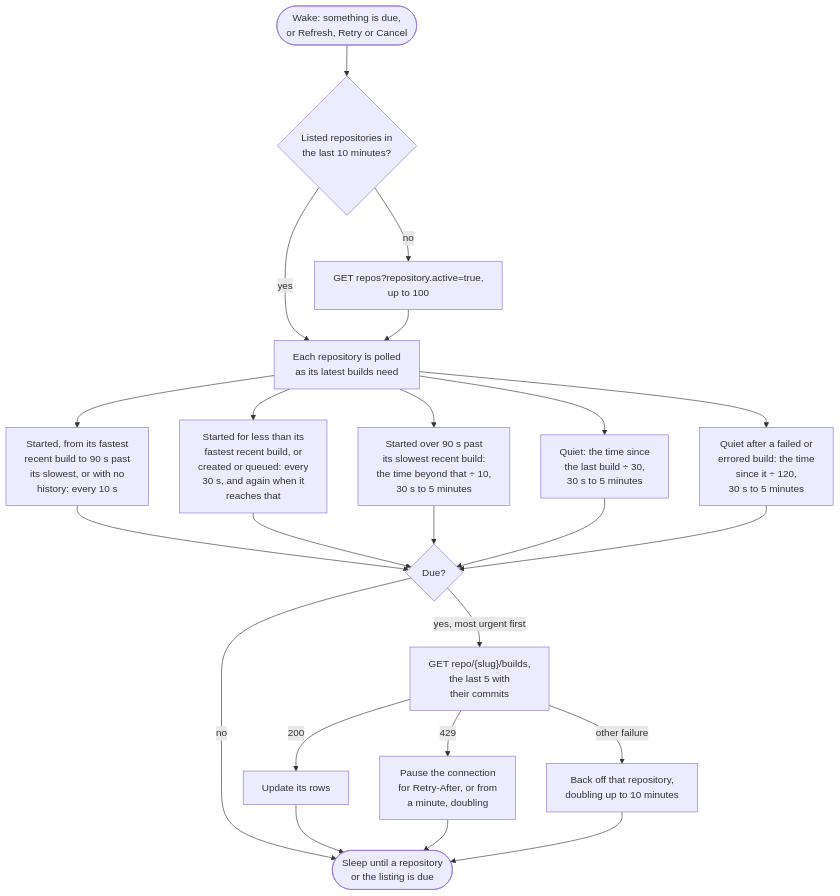
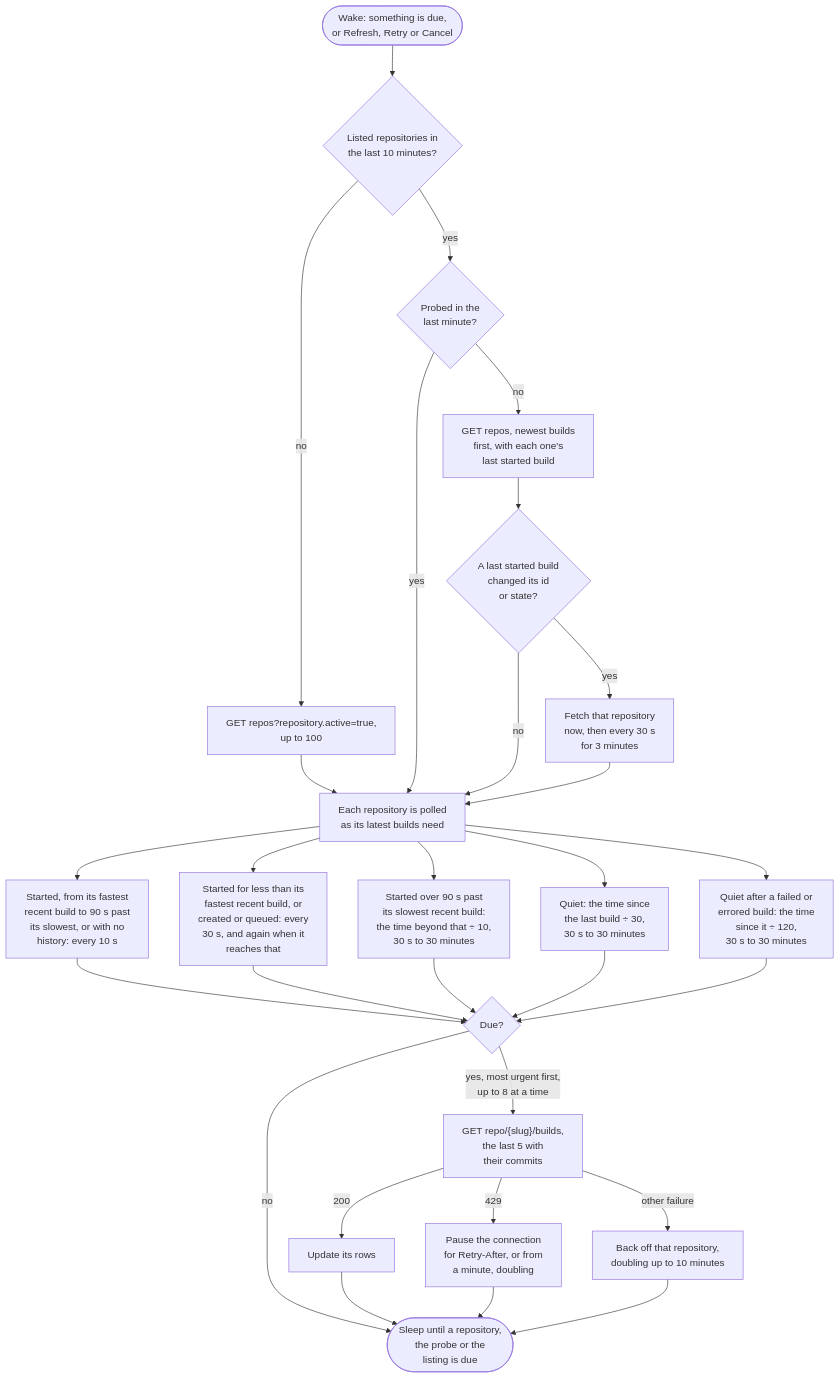
Before and after one commit to SimonCropp/BuildMonitor: the diagram in docs/mdsource/providers/travis.source.md, drawn with Mermaid. The commit also changed other lines of this file and 92 other files, not shown here.

````diff
--- a/docs/mdsource/providers/travis.source.md
+++ b/docs/mdsource/providers/travis.source.md
@@ -32,30 +32,36 @@
 ```mermaid
 ---
 config:
   flowchart:
     wrappingWidth: 400
 ---
 flowchart TD
     wake(["Wake: something is due,<br/>or Refresh, Retry or Cancel"]) --> listed{"Listed repositories in<br/>the last 10 minutes?"}
     listed -- "no" --> discover["GET repos?repository.active=true,<br/>up to 100"]
-    listed -- "yes" --> interval["Each repository is polled<br/>as its latest builds need"]
-    discover --> interval
+    listed -- "yes" --> probed{"Probed in the<br/>last minute?"}
+    probed -- "no" --> probe["GET repos, newest builds<br/>first, with each one's<br/>last started build"]
+    probe --> moved{"A last started build<br/>changed its id<br/>or state?"}
+    moved -- "yes" --> nudge["Fetch that repository<br/>now, then every 30 s<br/>for 3 minutes"]
+    discover --> interval["Each repository is polled<br/>as its latest builds need"]
+    probed -- "yes" --> interval
+    moved -- "no" --> interval
+    nudge --> interval
     interval --> finishing["Started, from its fastest<br/>recent build to 90 s past<br/>its slowest, or with no<br/>history: every 10 s"]
     interval --> running["Started for less than its<br/>fastest recent build, or<br/>created or queued: every<br/>30 s, and again when it<br/>reaches that"]
-    interval --> overrun["Started over 90 s past<br/>its slowest recent build:<br/>the time beyond that ÷ 10,<br/>30 s to 5 minutes"]
-    interval --> quiet["Quiet: the time since<br/>the last build ÷ 30,<br/>30 s to 5 minutes"]
-    interval --> failed["Quiet after a failed or<br/>errored build: the time<br/>since it ÷ 120,<br/>30 s to 5 minutes"]
+    interval --> overrun["Started over 90 s past<br/>its slowest recent build:<br/>the time beyond that ÷ 10,<br/>30 s to 30 minutes"]
+    interval --> quiet["Quiet: the time since<br/>the last build ÷ 30,<br/>30 s to 30 minutes"]
+    interval --> failed["Quiet after a failed or<br/>errored build: the time<br/>since it ÷ 120,<br/>30 s to 30 minutes"]
     finishing --> due{"Due?"}
     running --> due
     overrun --> due
     quiet --> due
     failed --> due
-    due -- "no" --> sleep(["Sleep until a repository<br/>or the listing is due"])
-    due -- "yes, most urgent first" --> fetch["GET repo/{slug}/builds,<br/>the last 5 with<br/>their commits"]
+    due -- "no" --> sleep(["Sleep until a repository,<br/>the probe or the<br/>listing is due"])
+    due -- "yes, most urgent first,<br/>up to 8 at a time" --> fetch["GET repo/{slug}/builds,<br/>the last 5 with<br/>their commits"]
     fetch -- "200" --> rows["Update its rows"]
     fetch -- "429" --> pause["Pause the connection<br/>for Retry-After, or from<br/>a minute, doubling"]
     fetch -- "other failure" --> backoff["Back off that repository,<br/>doubling up to 10 minutes"]
     rows --> sleep
     pause --> sleep
     backoff --> sleep
 ```
````
